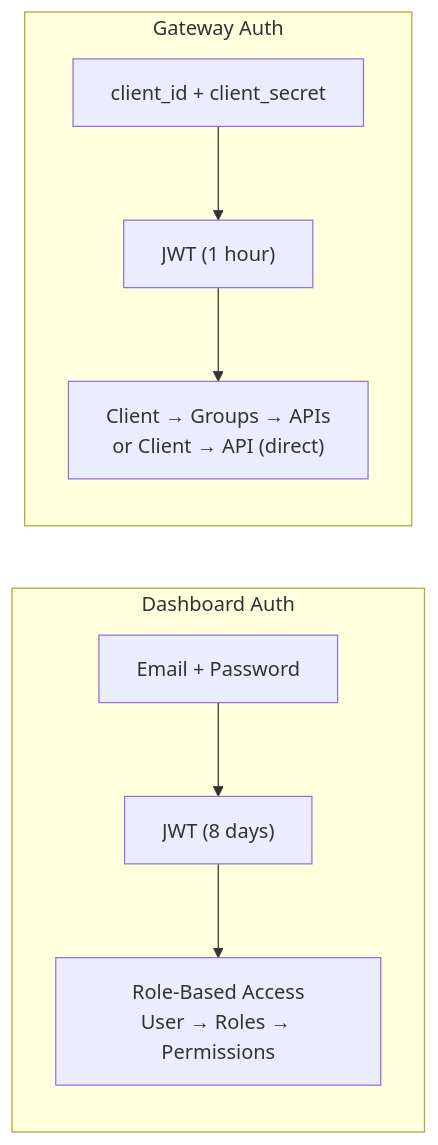
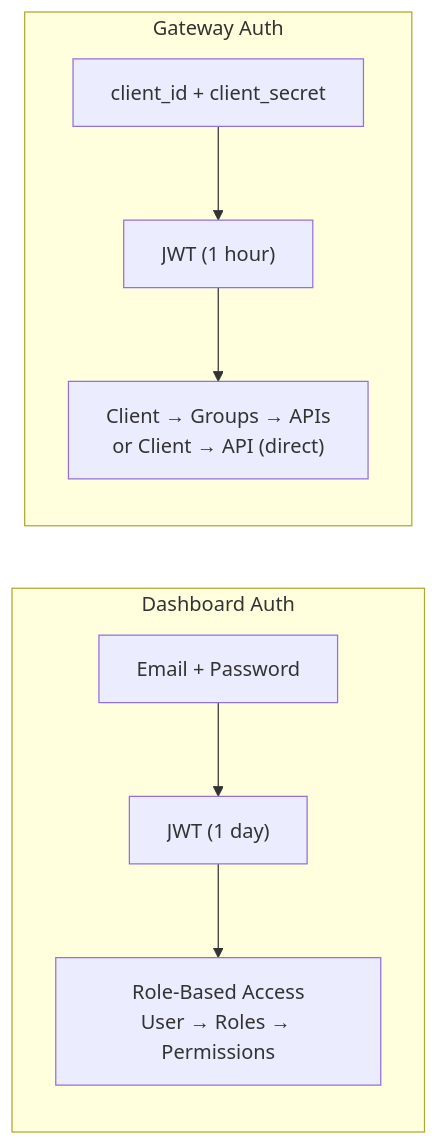
One commit to viethqb/pydbapi changed the seventh of 7 diagrams in docs/ARCHITECTURE.md. Above: the diagram before and after it, drawn with Mermaid. The commit also changed 67 other files, not shown here.

````diff
--- a/docs/ARCHITECTURE.md
+++ b/docs/ARCHITECTURE.md
@@ -471,17 +471,17 @@
 ```mermaid
 graph LR
     subgraph "Dashboard Auth"
         Login["Email + Password"]
-        JWT_D["JWT (8 days)"]
+        JWT_D["JWT (1 day)"]
         RBAC["Role-Based Access<br/>User → Roles → Permissions"]
     end
 
     subgraph "Gateway Auth"
         ClientCreds["client_id + client_secret"]
         JWT_G["JWT (1 hour)"]
         ClientAccess["Client → Groups → APIs<br/>or Client → API (direct)"]
     end
 
     Login --> JWT_D --> RBAC
     ClientCreds --> JWT_G --> ClientAccess
 ```
````
